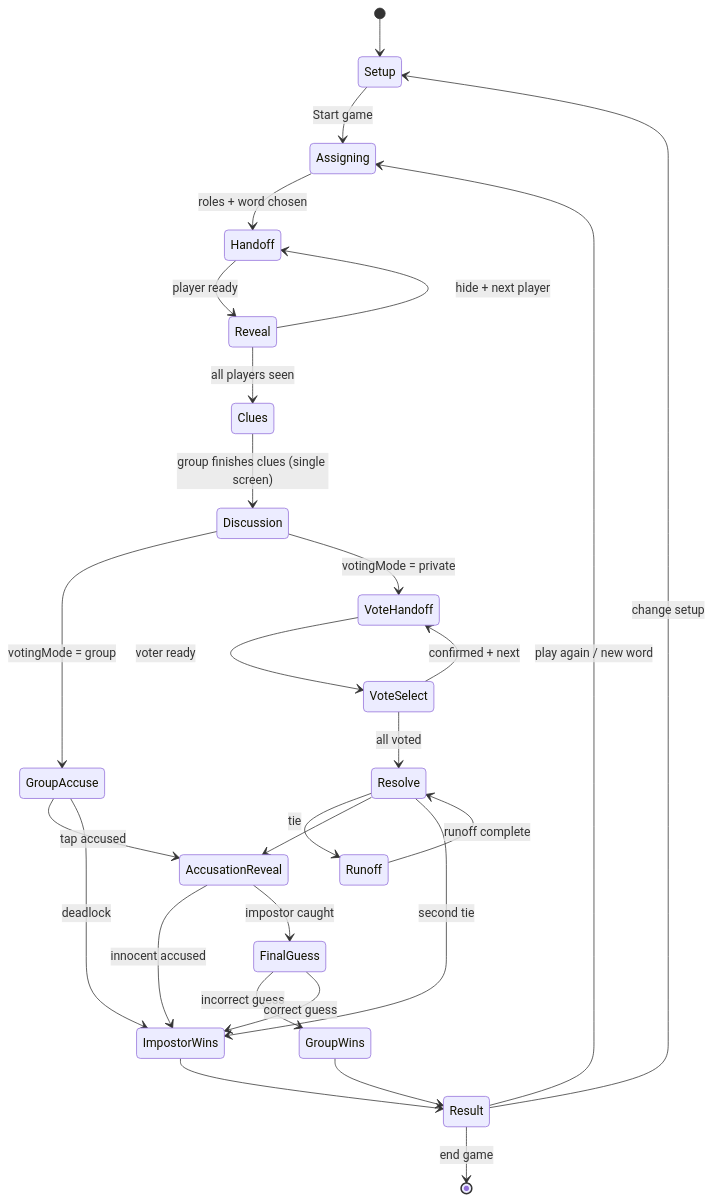
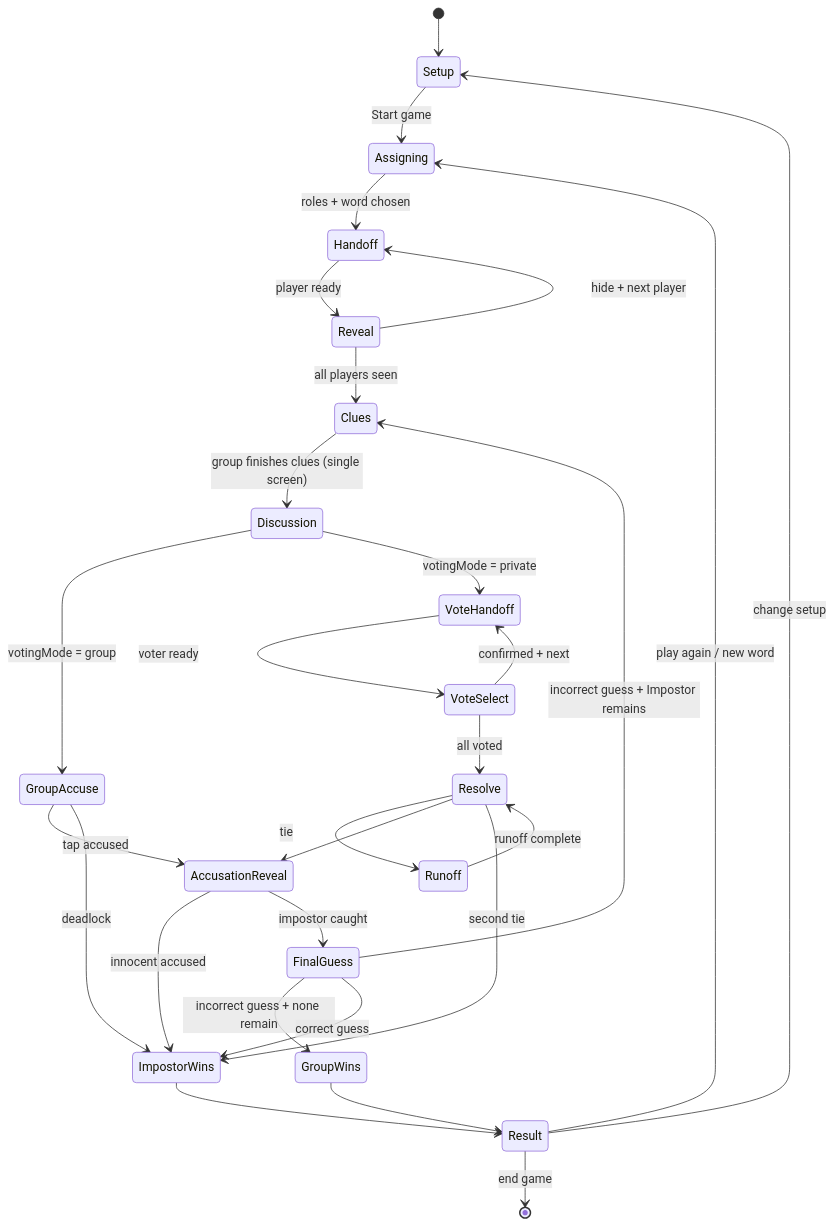
Before and after one commit to fahmiss/Chereka-Chewata: the first of 3 diagrams in ARCHITECTURE.md, drawn with Mermaid. The commit also changed other lines of this file and 98 other files, not shown here.

````diff
--- a/ARCHITECTURE.md
+++ b/ARCHITECTURE.md
@@ -54,37 +55,38 @@
 ```mermaid
 stateDiagram-v2
     [*] --> Setup
     Setup --> Assigning : Start game
     Assigning --> Handoff : roles + word chosen
 
     Handoff --> Reveal : player ready
     Reveal --> Handoff : hide + next player
     Reveal --> Clues : all players seen
 
     Clues --> Discussion : group finishes clues (single screen)
     Discussion --> GroupAccuse : votingMode = group
     Discussion --> VoteHandoff : votingMode = private
 
     GroupAccuse --> AccusationReveal : tap accused
     GroupAccuse --> ImpostorWins : deadlock
 
     VoteHandoff --> VoteSelect : voter ready
     VoteSelect --> VoteHandoff : confirmed + next
     VoteSelect --> Resolve : all voted
 
     Resolve --> Runoff : tie
     Runoff --> Resolve : runoff complete
     Resolve --> AccusationReveal
     Resolve --> ImpostorWins : second tie
 
     AccusationReveal --> ImpostorWins : innocent accused
     AccusationReveal --> FinalGuess : impostor caught
-    FinalGuess --> GroupWins : incorrect guess
+    FinalGuess --> Clues : incorrect guess + Impostor remains
+    FinalGuess --> GroupWins : incorrect guess + none remain
     FinalGuess --> ImpostorWins : correct guess
 
     GroupWins --> Result
     ImpostorWins --> Result
     Result --> Assigning : play again / new word
     Result --> Setup : change setup
     Result --> [*] : end game
 ```
````
